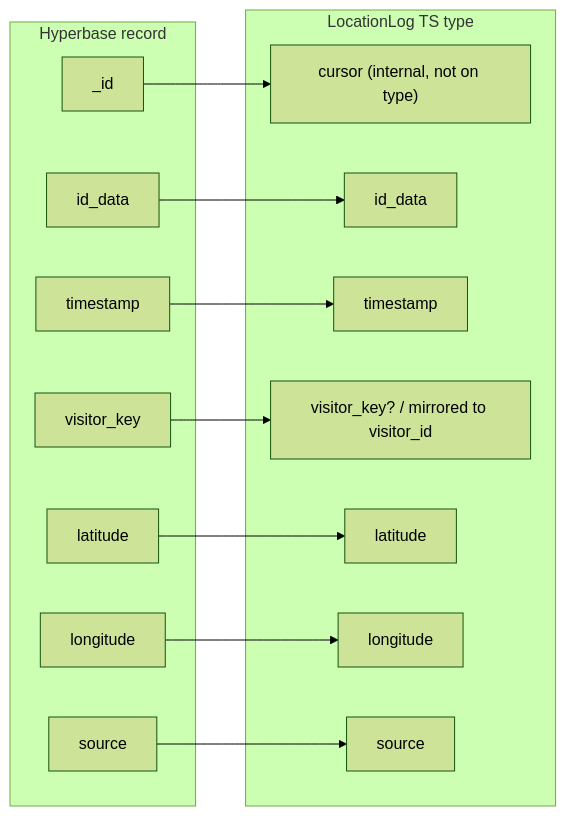
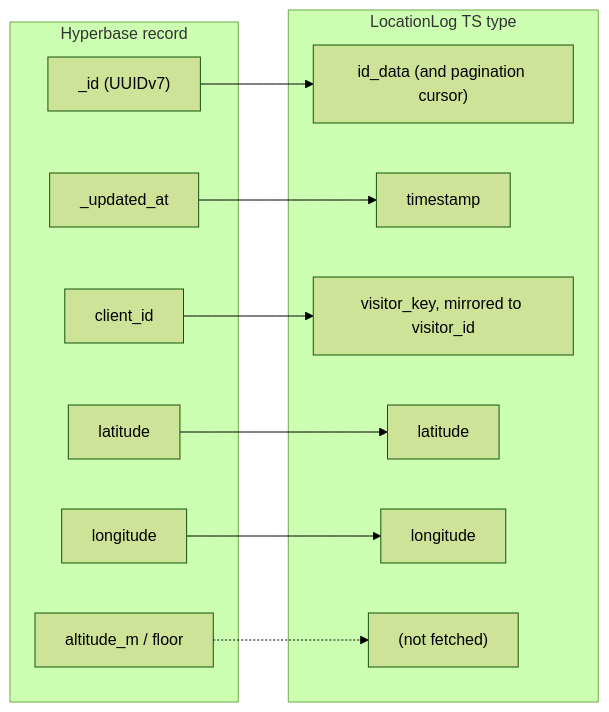
The second of 2 diagrams in docs/HYPERBASE_SCHEMA.md (Hitchgernn/heatmap-dashboard), drawn with Mermaid (forest theme) before and after one commit. The commit also changed other lines of this file and 5 other files, not shown here.

````diff
--- a/docs/HYPERBASE_SCHEMA.md
+++ b/docs/HYPERBASE_SCHEMA.md
@@ -75,30 +92,27 @@
 ```mermaid
 flowchart LR
     subgraph Hyperbase record
-        r1["_id"]
-        r2["id_data"]
-        r3["timestamp"]
-        r4["visitor_key"]
-        r5["latitude"]
-        r6["longitude"]
-        r7["source"]
+        r1["_id (UUIDv7)"]
+        r2["_updated_at"]
+        r3["client_id"]
+        r4["latitude"]
+        r5["longitude"]
+        r6["altitude_m / floor"]
     end
 
     subgraph LocationLog TS type
-        t1["cursor (internal, not on type)"]
-        t2["id_data"]
-        t3["timestamp"]
-        t4["visitor_key? / mirrored to visitor_id"]
-        t5["latitude"]
-        t6["longitude"]
-        t7["source"]
+        t1["id_data (and pagination cursor)"]
+        t2["timestamp"]
+        t3["visitor_key, mirrored to visitor_id"]
+        t4["latitude"]
+        t5["longitude"]
+        t6["(not fetched)"]
     end
 
     r1 --> t1
     r2 --> t2
     r3 --> t3
     r4 --> t4
     r5 --> t5
-    r6 --> t6
-    r7 --> t7
+    r6 -.-> t6
 ```
````
